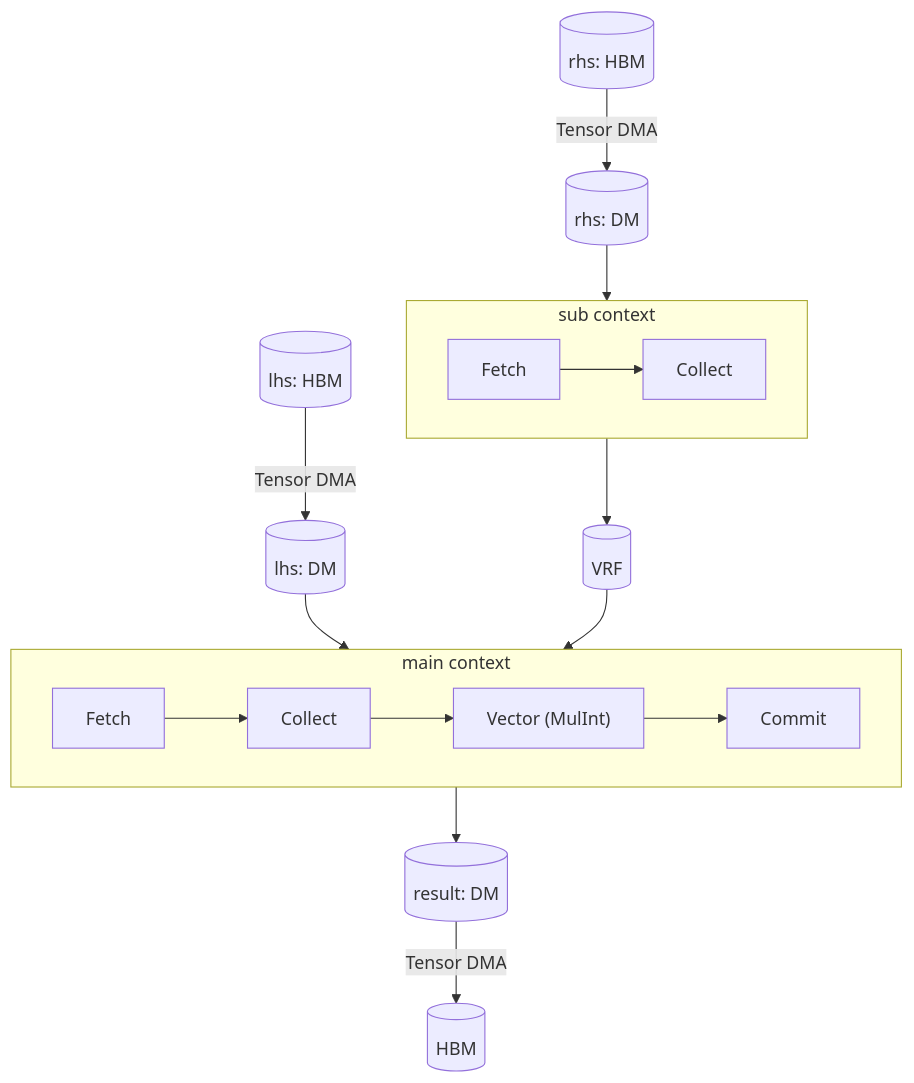
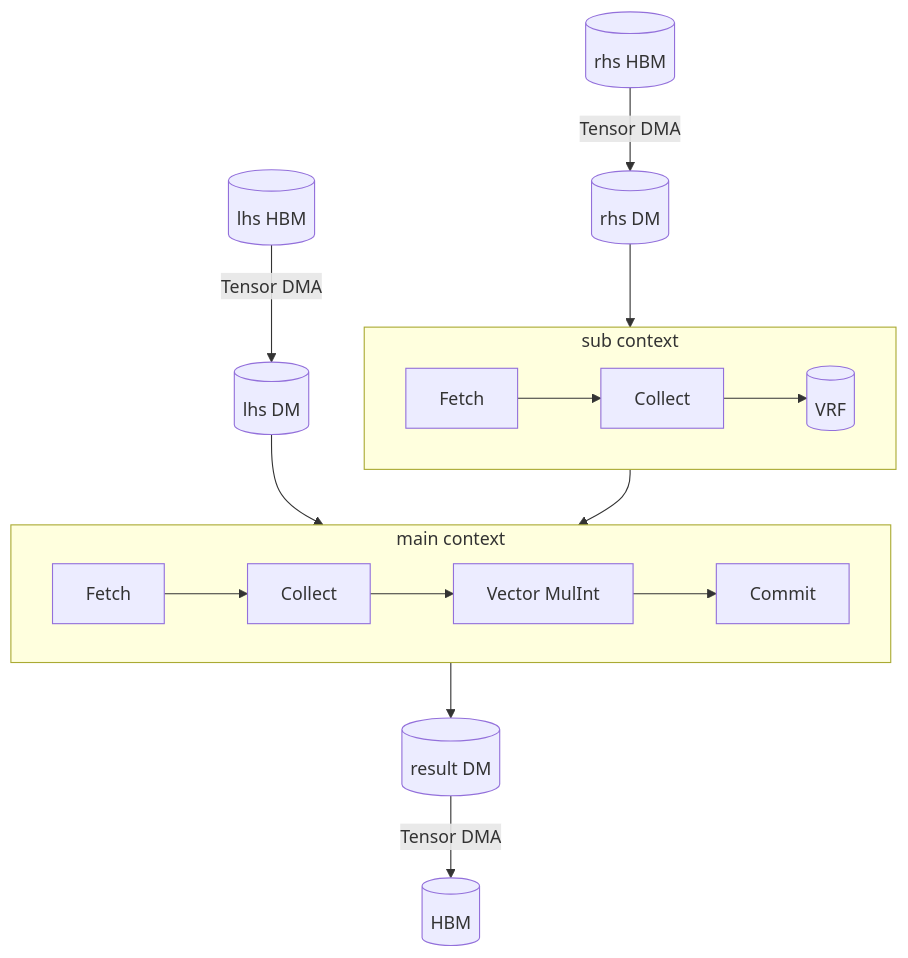
One commit to furiosa-ai/furiosa-opt-preview changed the second of 2 diagrams in docs/src/quick-start.md. Above: the diagram before and after it, drawn with Mermaid. The commit also changed other lines of this file and 47 other files, not shown here.

````diff
--- a/docs/src/quick-start.md
+++ b/docs/src/quick-start.md
@@ -152,22 +166,21 @@
 ```mermaid
 flowchart TB
-    LHS_HBM[(lhs: HBM)] -->|Tensor DMA| LHS_DM[(lhs: DM)]
-    RHS_HBM[(rhs: HBM)] -->|Tensor DMA| RHS_DM[(rhs: DM)]
+    LHS_HBM[(lhs HBM)] -->|Tensor DMA| LHS_DM[(lhs DM)]
+    RHS_HBM[(rhs HBM)] -->|Tensor DMA| RHS_DM[(rhs DM)]
 
     subgraph sub[sub context]
         direction LR
-        sFE[Fetch] --> sCO[Collect]
+        sFE[Fetch] --> sCO[Collect] --> VRF[(VRF)]
     end
 
     subgraph main[main context]
         direction LR
-        mFE[Fetch] --> mCO[Collect] --> VE["Vector (MulInt)"] --> CM[Commit]
+        mFE[Fetch] --> mCO[Collect] --> VE["Vector MulInt"] --> CM[Commit]
     end
 
     RHS_DM --> sFE
     LHS_DM --> mFE
-    sCO --> VRF[(VRF)]
     VRF --> VE
-    CM --> OUT_DM[(result: DM)]
+    CM --> OUT_DM[(result DM)]
     OUT_DM -->|Tensor DMA| OUT_HBM[(HBM)]
 ```
````
